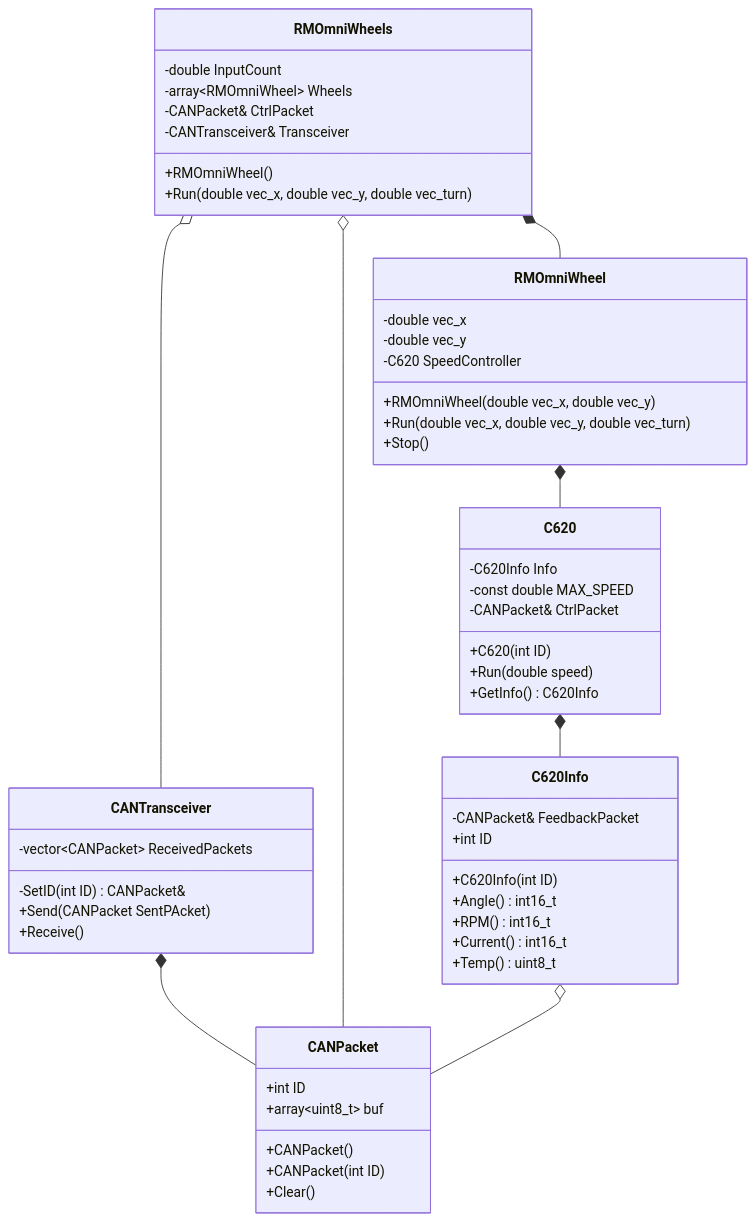
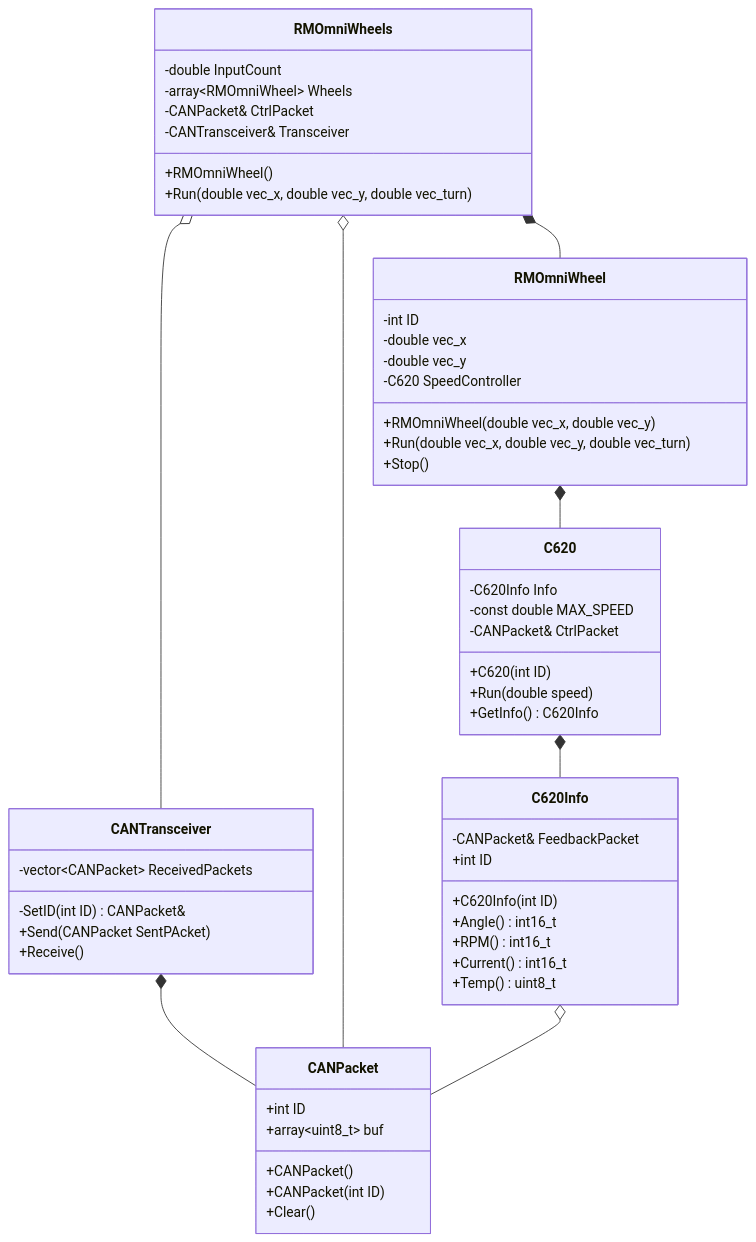
The diagram in docs/class_diagram.md (NiiRoboKen/2025B-esp-sender), drawn with Mermaid before and after one commit. The commit also changed 1 other file, not shown here.

Commit message:
docs: drow sequence diagram

````diff
--- a/docs/class_diagram.md
+++ b/docs/class_diagram.md
@@ -1,57 +1,58 @@
 ```mermaid
 classDiagram
 class RMOmniWheels{
     -double InputCount
     -array~RMOmniWheel~ Wheels
     -CANPacket& CtrlPacket
     -CANTransceiver& Transceiver
     +RMOmniWheel()
     +Run(double vec_x, double vec_y, double vec_turn)
 }
 class RMOmniWheel{
+    -int ID
     -double vec_x
     -double vec_y
     -C620 SpeedController
     +RMOmniWheel(double vec_x, double vec_y)
     +Run(double vec_x, double vec_y, double vec_turn)
     +Stop()
 }
 class C620{
     -C620Info Info
     -const double MAX_SPEED
     -CANPacket& CtrlPacket
     +C620(int ID)
     +Run(double speed)
     +GetInfo() C620Info
 }
 class C620Info{
     -CANPacket& FeedbackPacket
     +int ID
     +C620Info(int ID)
     +Angle() int16_t
     +RPM() int16_t
     +Current() int16_t
     +Temp() uint8_t
 }
 class CANPacket{
     +int ID
     +array~uint8_t~ buf
     +CANPacket()
     +CANPacket(int ID)
     +Clear()
 }
 class CANTransceiver{
     -vector~CANPacket~ ReceivedPackets
     -SetID(int ID) CANPacket&
     +Send(CANPacket SentPAcket)
     +Receive()
 }
 
 RMOmniWheels *-- RMOmniWheel
 RMOmniWheel *-- C620
 C620 *-- C620Info
 CANTransceiver *-- CANPacket
 RMOmniWheels o-- CANPacket
 C620Info o-- CANPacket
 RMOmniWheels o-- CANTransceiver
 ```
````
